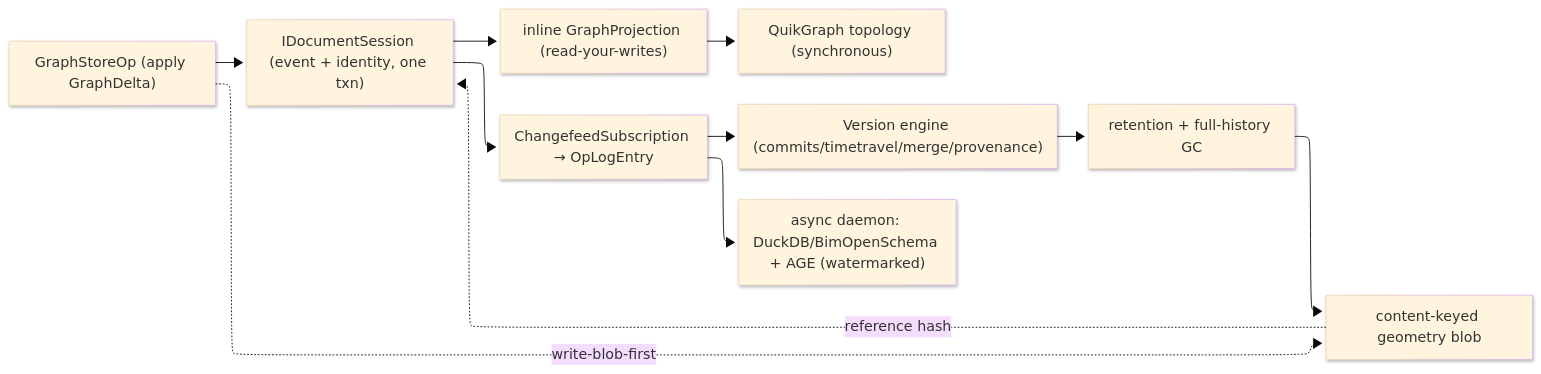
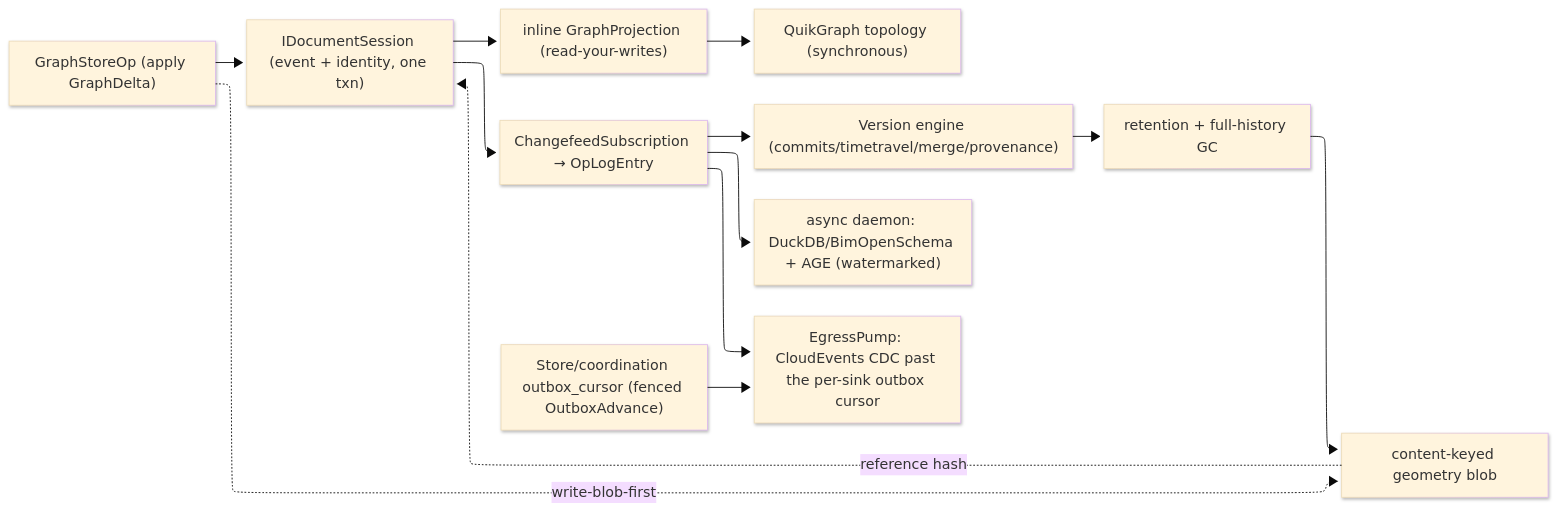
The diagram in libs/csharp/Rasm.Persistence/ARCHITECTURE.md (bsamiee/Rasm), drawn with Mermaid before and after one commit. The commit also changed other lines of this file and 106 other files, not shown here.

````diff
--- a/libs/csharp/Rasm.Persistence/ARCHITECTURE.md
+++ b/libs/csharp/Rasm.Persistence/ARCHITECTURE.md
@@ -76,21 +99,23 @@
 ```mermaid
 ---
 config:
   layout: elk
   look: neo
   theme: base
 ---
 flowchart LR
     accTitle: ElementGraph persistence flow
     accDescr: A GraphStoreOp commits a GraphDelta event plus the identity row in one Marten session; the inline projection materializes the authoritative graph read-your-writes; the changefeed subscription feeds the version engine and the analytical lanes; the geometry blob writes content-first.
     GraphStoreOp["GraphStoreOp (apply GraphDelta)"] --> Session["IDocumentSession (event + identity, one txn)"]
     Session --> Inline["inline GraphProjection (read-your-writes)"]
     Session --> Changefeed["ChangefeedSubscription → OpLogEntry"]
     Inline --> Topology["QuikGraph topology (synchronous)"]
     Changefeed --> Engine["Version engine (commits/timetravel/merge/provenance)"]
     Changefeed --> Async["async daemon: DuckDB/BimOpenSchema + AGE (watermarked)"]
+    Changefeed --> Pump["EgressPump: CloudEvents CDC past the per-sink outbox cursor"]
+    Cursor["Store/coordination outbox_cursor (fenced OutboxAdvance)"] --> Pump
     GraphStoreOp -.write-blob-first.-> BlobStore["content-keyed geometry blob"]
     BlobStore -.reference hash.-> Session
     Engine --> Retention["retention + full-history GC"]
     Retention --> BlobStore
 ```
````
